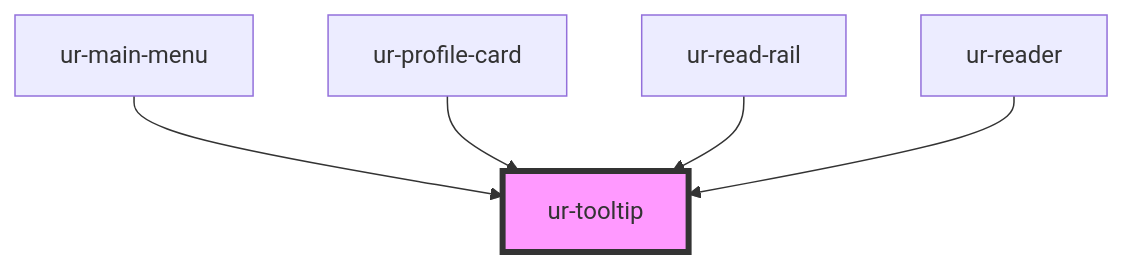
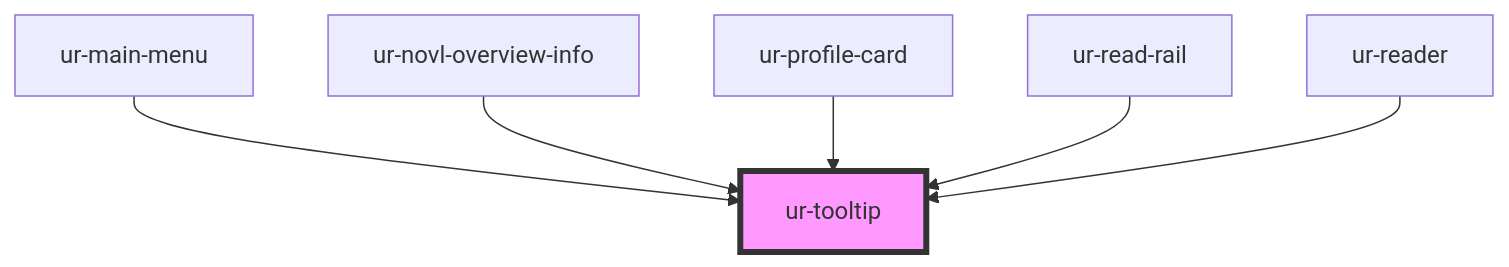
Before and after one commit to hellish/urnovl-web-components: the diagram in src/components/ur-tooltip/readme.md, drawn with Mermaid. The commit also changed other lines of this file and 17 other files, not shown here.

````diff
--- a/src/components/ur-tooltip/readme.md
+++ b/src/components/ur-tooltip/readme.md
@@ -32,8 +33,9 @@
 ```mermaid
 graph TD;
   ur-main-menu --> ur-tooltip
+  ur-novl-overview-info --> ur-tooltip
   ur-profile-card --> ur-tooltip
   ur-read-rail --> ur-tooltip
   ur-reader --> ur-tooltip
   style ur-tooltip fill:#f9f,stroke:#333,stroke-width:4px
 ```
````
